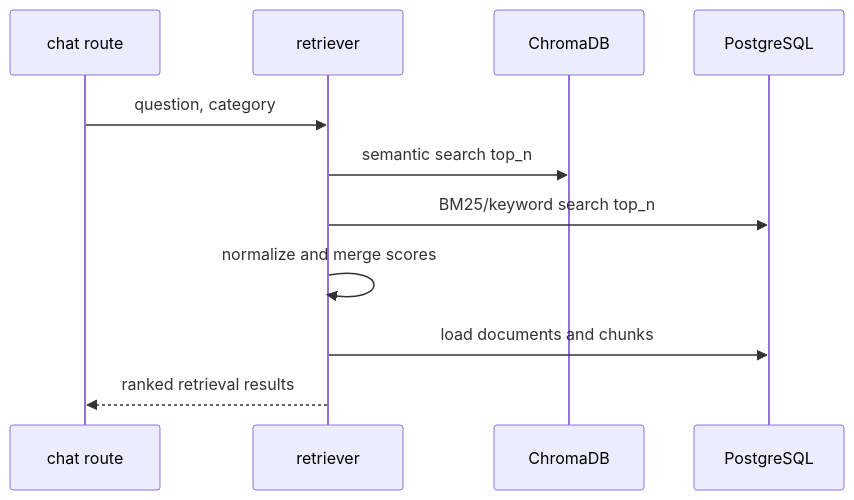
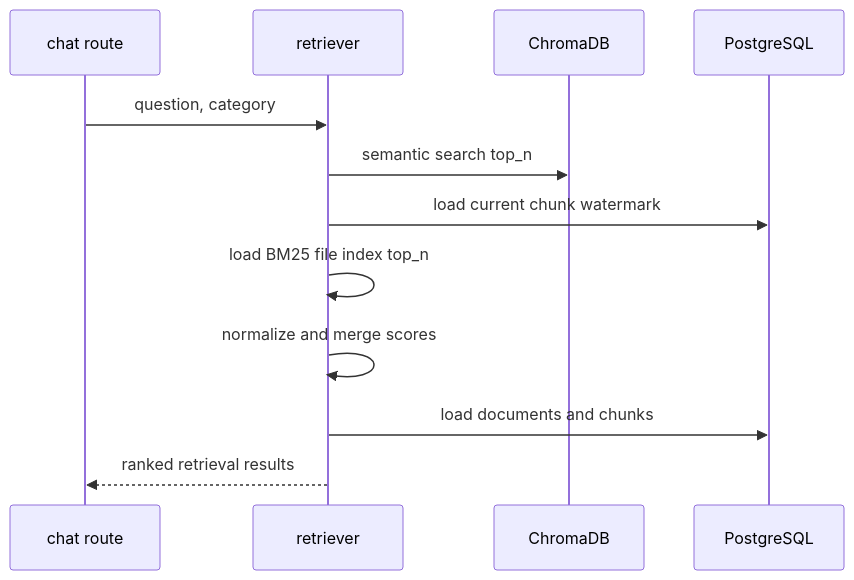
Before and after one commit to mur0327/campus-copilot: the second of 3 diagrams in docs/superpowers/specs/2026-05-06-phase-4-indexing-search-rag-design.md, drawn with Mermaid. The commit also changed other lines of this file and 3 other files, not shown here.

````diff
--- a/docs/superpowers/specs/2026-05-06-phase-4-indexing-search-rag-design.md
+++ b/docs/superpowers/specs/2026-05-06-phase-4-indexing-search-rag-design.md
@@ -184,14 +190,15 @@
 ```mermaid
 sequenceDiagram
     participant API as chat route
     participant RET as retriever
     participant CH as ChromaDB
     participant PG as PostgreSQL
 
     API->>RET: question, category
     RET->>CH: semantic search top_n
-    RET->>PG: BM25/keyword search top_n
+    RET->>PG: load current chunk watermark
+    RET->>RET: load BM25 file index top_n
     RET->>RET: normalize and merge scores
     RET->>PG: load documents and chunks
     RET-->>API: ranked retrieval results
 ```
````
